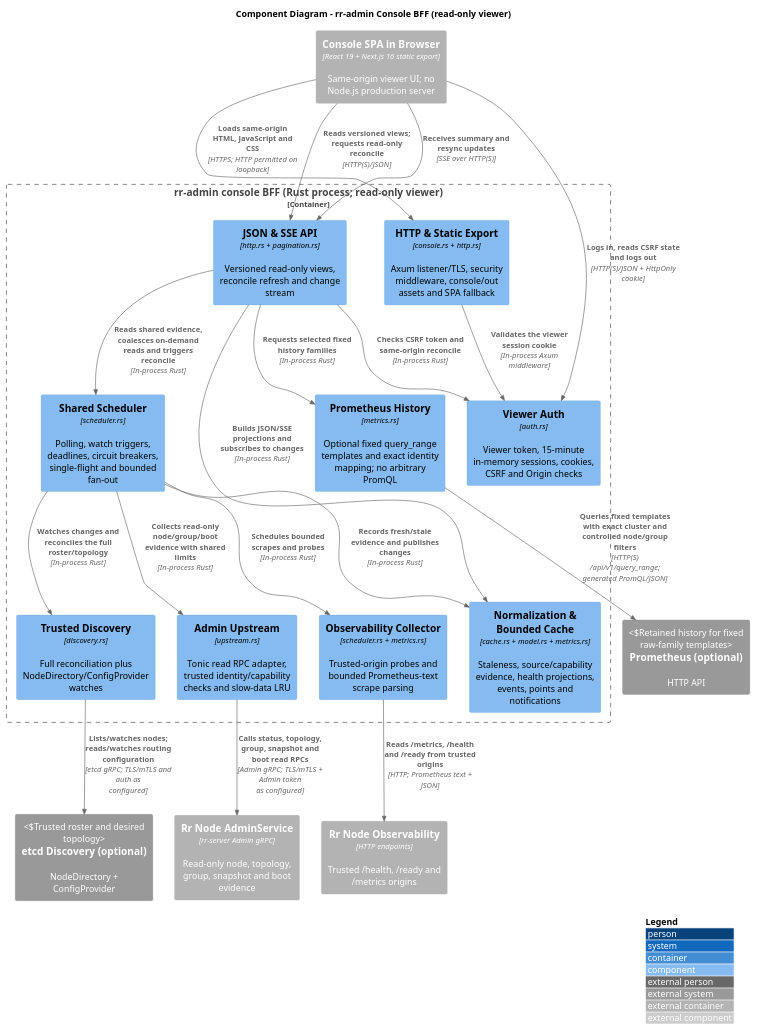
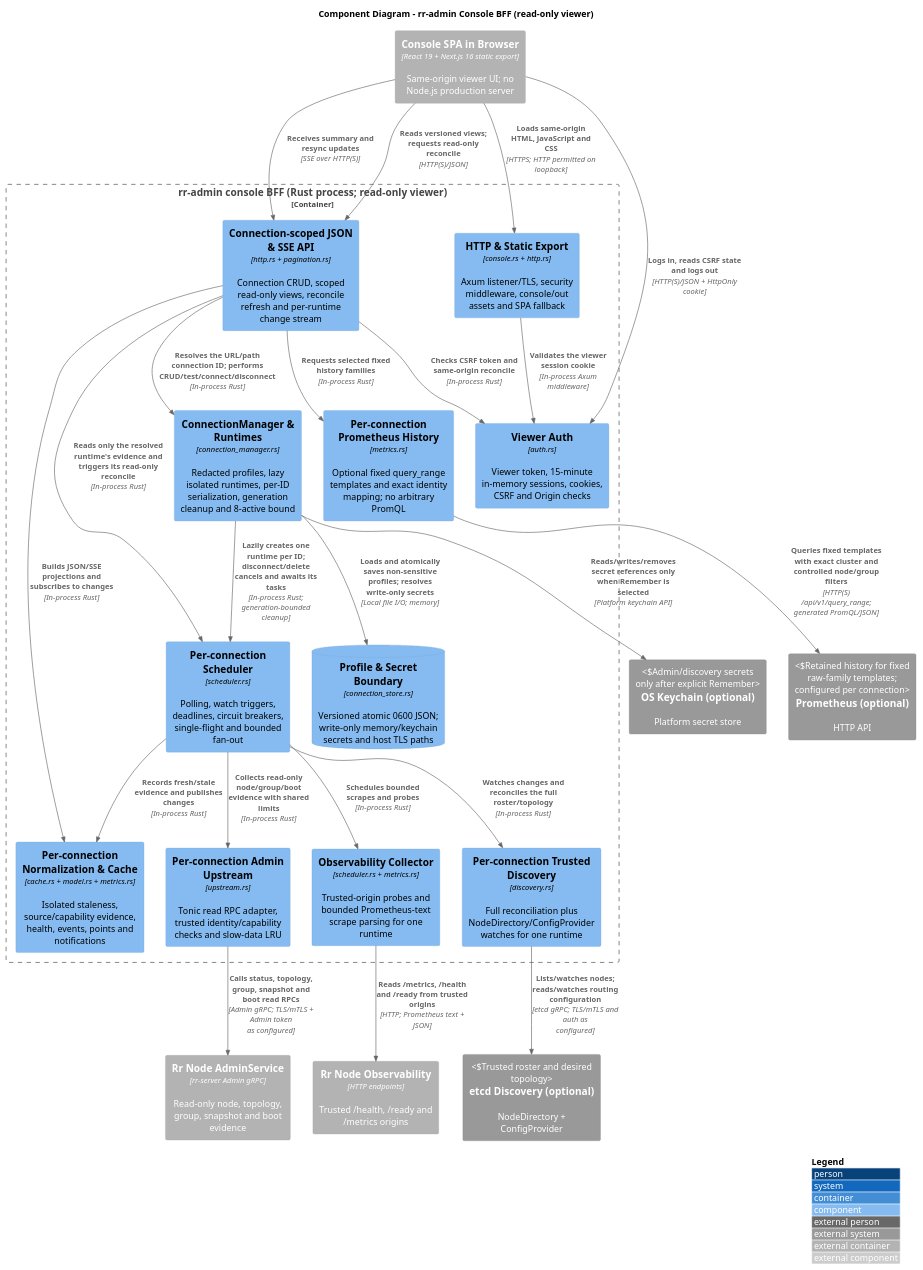
The diagram in docs/docs/architecture/c4/components-console.md (gardenias/rr), drawn with PlantUML before and after one commit. The commit also changed other lines of this file and 115 other files, not shown here.

````diff
--- a/docs/docs/architecture/c4/components-console.md
+++ b/docs/docs/architecture/c4/components-console.md
@@ -16,47 +17,54 @@
 ```plantuml
 @startuml
 !include <C4/C4_Component.puml>
 
 title Component Diagram - rr-admin Console BFF (read-only viewer)
 
 Container_Ext(browser, "Console SPA in Browser", "React 19 + Next.js 16 static export", "Same-origin viewer UI; no Node.js production server")
 Container_Ext(admin_nodes, "Rr Node AdminService", "rr-server Admin gRPC", "Read-only node, topology, group, snapshot and boot evidence")
 Container_Ext(observability, "Rr Node Observability", "HTTP endpoints", "Trusted /health, /ready and /metrics origins")
 System_Ext(etcd, "etcd Discovery (optional)", "NodeDirectory + ConfigProvider", "Trusted roster and desired topology")
-System_Ext(prometheus, "Prometheus (optional)", "HTTP API", "Retained history for fixed raw-family templates")
+System_Ext(prometheus, "Prometheus (optional)", "HTTP API", "Retained history for fixed raw-family templates; configured per connection")
+System_Ext(keychain, "OS Keychain (optional)", "Platform secret store", "Admin/discovery secrets only after explicit Remember")
 
 Container_Boundary(console_bff, "rr-admin console BFF (Rust process; read-only viewer)") {
   Component(http_edge, "HTTP & Static Export", "console.rs + http.rs", "Axum listener/TLS, security middleware, console/out assets and SPA fallback")
   Component(viewer_auth, "Viewer Auth", "auth.rs", "Viewer token, 15-minute in-memory sessions, cookies, CSRF and Origin checks")
-  Component(json_sse, "JSON & SSE API", "http.rs + pagination.rs", "Versioned read-only views, reconcile refresh and change stream")
-  Component(discovery, "Trusted Discovery", "discovery.rs", "Full reconciliation plus NodeDirectory/ConfigProvider watches")
-  Component(scheduler, "Shared Scheduler", "scheduler.rs", "Polling, watch triggers, deadlines, circuit breakers, single-flight and bounded fan-out")
-  Component(upstream, "Admin Upstream", "upstream.rs", "Tonic read RPC adapter, trusted identity/capability checks and slow-data LRU")
-  Component(observability_collector, "Observability Collector", "scheduler.rs + metrics.rs", "Trusted-origin probes and bounded Prometheus-text scrape parsing")
-  Component(cache, "Normalization & Bounded Cache", "cache.rs + model.rs + metrics.rs", "Staleness, source/capability evidence, health projections, events, points and notifications")
-  Component(history, "Prometheus History", "metrics.rs", "Optional fixed query_range templates and exact identity mapping; no arbitrary PromQL")
+  Component(json_sse, "Connection-scoped JSON & SSE API", "http.rs + pagination.rs", "Connection CRUD, scoped read-only views, reconcile refresh and per-runtime change stream")
+  Component(connection_manager, "ConnectionManager & Runtimes", "connection_manager.rs", "Redacted profiles, lazy isolated runtimes, per-ID serialization, generation cleanup and 8-active bound")
+  ComponentDb(profile_store, "Profile & Secret Boundary", "connection_store.rs", "Versioned atomic 0600 JSON; write-only memory/keychain secrets and host TLS paths")
+  Component(discovery, "Per-connection Trusted Discovery", "discovery.rs", "Full reconciliation plus NodeDirectory/ConfigProvider watches for one runtime")
+  Component(scheduler, "Per-connection Scheduler", "scheduler.rs", "Polling, watch triggers, deadlines, circuit breakers, single-flight and bounded fan-out")
+  Component(upstream, "Per-connection Admin Upstream", "upstream.rs", "Tonic read RPC adapter, trusted identity/capability checks and slow-data LRU")
+  Component(observability_collector, "Observability Collector", "scheduler.rs + metrics.rs", "Trusted-origin probes and bounded Prometheus-text scrape parsing for one runtime")
+  Component(cache, "Per-connection Normalization & Cache", "cache.rs + model.rs + metrics.rs", "Isolated staleness, source/capability evidence, health, events, points and notifications")
+  Component(history, "Per-connection Prometheus History", "metrics.rs", "Optional fixed query_range templates and exact identity mapping; no arbitrary PromQL")
 }
 
 Rel(browser, http_edge, "Loads same-origin HTML, JavaScript and CSS", "HTTPS; HTTP permitted on loopback")
 Rel(browser, viewer_auth, "Logs in, reads CSRF state and logs out", "HTTP(S)/JSON + HttpOnly cookie")
 Rel(browser, json_sse, "Reads versioned views; requests read-only reconcile", "HTTP(S)/JSON")
 Rel(browser, json_sse, "Receives summary and resync updates", "SSE over HTTP(S)")
 Rel(http_edge, viewer_auth, "Validates the viewer session cookie", "In-process Axum middleware")
 Rel(json_sse, viewer_auth, "Checks CSRF token and same-origin reconcile", "In-process Rust")
 
-Rel(json_sse, scheduler, "Reads shared evidence, coalesces on-demand reads and triggers reconcile", "In-process Rust")
+Rel(json_sse, connection_manager, "Resolves the URL/path connection ID; performs CRUD/test/connect/disconnect", "In-process Rust")
+Rel(connection_manager, profile_store, "Loads and atomically saves non-sensitive profiles; resolves write-only secrets", "Local file I/O; memory")
+Rel(connection_manager, keychain, "Reads/writes/removes secret references only when Remember is selected", "Platform keychain API")
+Rel(connection_manager, scheduler, "Lazily creates one runtime per ID; disconnect/delete cancels and awaits its tasks", "In-process Rust; generation-bounded cleanup")
+Rel(json_sse, scheduler, "Reads only the resolved runtime's evidence and triggers its read-only reconcile", "In-process Rust")
 Rel(json_sse, cache, "Builds JSON/SSE projections and subscribes to changes", "In-process Rust")
 Rel(json_sse, history, "Requests selected fixed history families", "In-process Rust")
 
 Rel(scheduler, discovery, "Watches changes and reconciles the full roster/topology", "In-process Rust")
 Rel(discovery, etcd, "Lists/watches nodes; reads/watches routing configuration", "etcd gRPC; TLS/mTLS and auth as configured")
 Rel(scheduler, upstream, "Collects read-only node/group/boot evidence with shared limits", "In-process Rust")
 Rel(upstream, admin_nodes, "Calls status, topology, group, snapshot and boot read RPCs", "Admin gRPC; TLS/mTLS + Admin token as configured")
 Rel(scheduler, observability_collector, "Schedules bounded scrapes and probes", "In-process Rust")
 Rel(observability_collector, observability, "Reads /metrics, /health and /ready from trusted origins", "HTTP; Prometheus text + JSON")
 Rel(scheduler, cache, "Records fresh/stale evidence and publishes changes", "In-process Rust")
 Rel(history, prometheus, "Queries fixed templates with exact cluster and controlled node/group filters", "HTTP(S) /api/v1/query_range; generated PromQL/JSON")
 
 LAYOUT_WITH_LEGEND()
 @enduml
 ```
````
